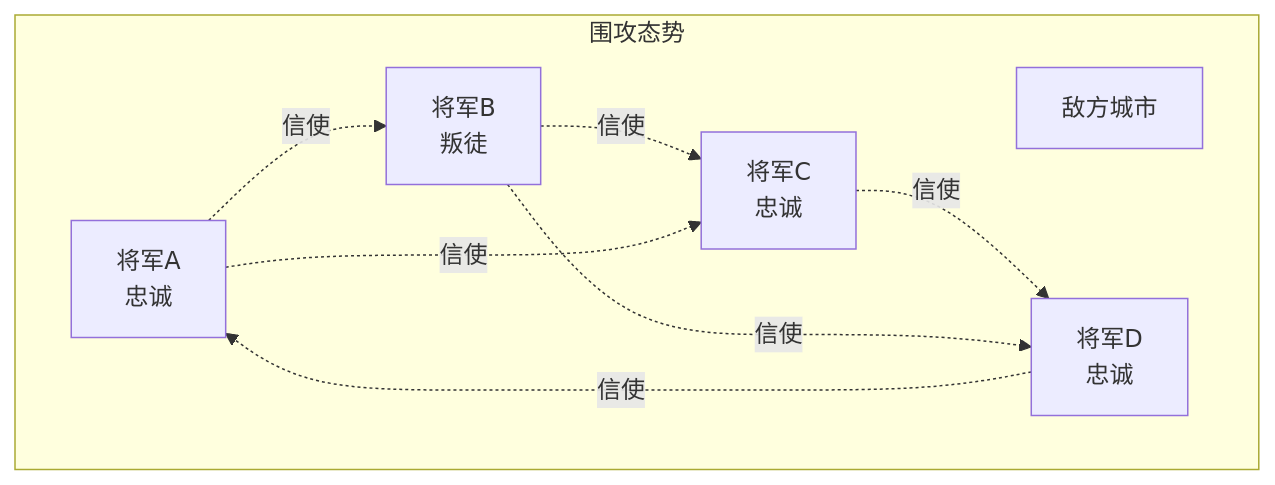
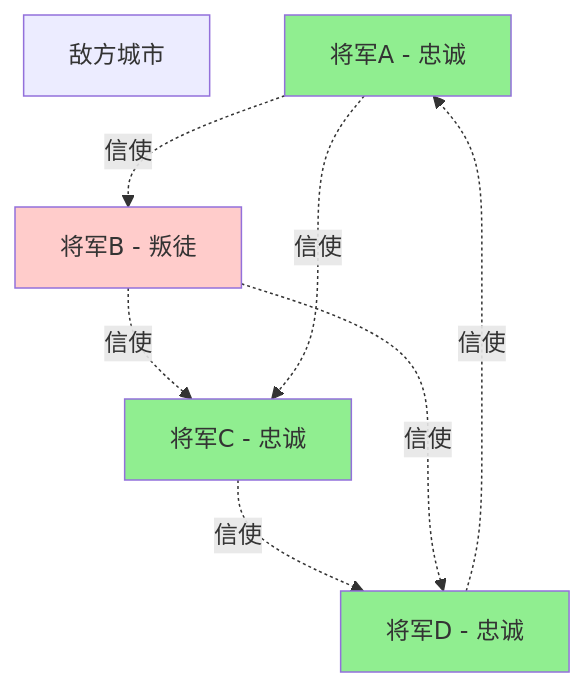
The first of 6 diagrams in content/posts/distributed-01-byzantine-generals.md (jsalessandro/lesshash), drawn with Mermaid before and after one commit. The commit also changed 1 other file, not shown here.

Commit message:
fix: Completely resolve Mermaid diagram rendering issues
🔧 Major improvements:
- Remove ALL emoji characters from node labels and subgraph titles
- Simplify complex subgraph structures that cause parsing failures
- Fix Chinese character encoding issues in Mermaid syntax
- Replace problematic emoji-based subgraphs with clean English IDs + Chinese labels
- Add proper styling using CSS classes instead of inline emojis

📊 Files affected:
- distributed-01-byzantine-generals.md: Simplified flowchart, removed subgraph, added styling
- distributed-02-cap-theorem.md: Fixed all emoji subgraphs with proper identifiers

✅ Expected result: All Mermaid diagrams should now render correctly in production

````diff
--- a/content/posts/distributed-01-byzantine-generals.md
+++ b/content/posts/distributed-01-byzantine-generals.md
@@ -30,17 +30,20 @@
 ```mermaid
 flowchart TD
-    subgraph SiegeScene ["围攻态势"]
-        City["敌方城市"]
-        GeneralA["将军A<br/>忠诚"]
-        GeneralB["将军B<br/>叛徒"]
-        GeneralC["将军C<br/>忠诚"]
-        GeneralD["将军D<br/>忠诚"]
+    City["敌方城市"]
+    GeneralA["将军A - 忠诚"]
+    GeneralB["将军B - 叛徒"]
+    GeneralC["将军C - 忠诚"]
+    GeneralD["将军D - 忠诚"]
 
-        GeneralA -.->|信使| GeneralB
-        GeneralB -.->|信使| GeneralC
-        GeneralC -.->|信使| GeneralD
-        GeneralD -.->|信使| GeneralA
-        GeneralA -.->|信使| GeneralC
-        GeneralB -.->|信使| GeneralD
-    end
+    GeneralA -.->|信使| GeneralB
+    GeneralB -.->|信使| GeneralC
+    GeneralC -.->|信使| GeneralD
+    GeneralD -.->|信使| GeneralA
+    GeneralA -.->|信使| GeneralC
+    GeneralB -.->|信使| GeneralD
+
+    style GeneralB fill:#ffcccb
+    style GeneralA fill:#90EE90
+    style GeneralC fill:#90EE90
+    style GeneralD fill:#90EE90
 ```
````
